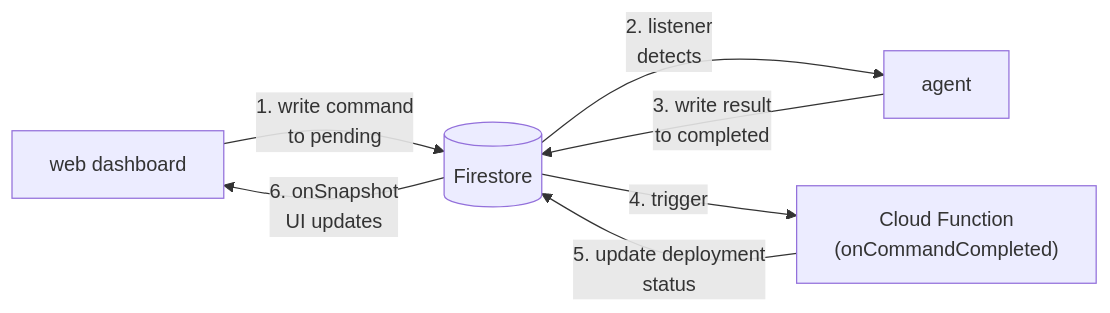
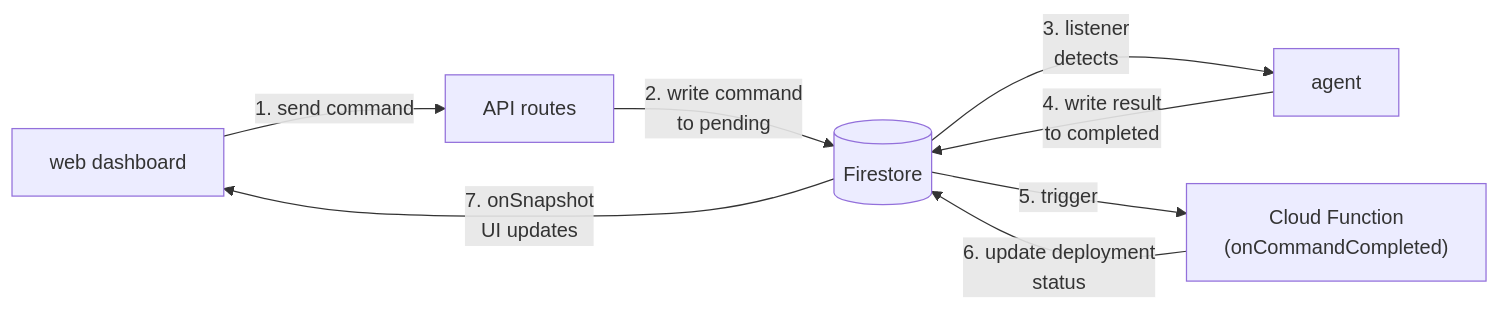
One commit to tridant-io/owlette changed the fourth of 11 diagrams in web/content/docs/architecture.mdx. Above: the diagram before and after it, drawn with Mermaid. The commit also changed other lines of this file and 113 other files, not shown here.

````diff
--- a/web/content/docs/architecture.mdx
+++ b/web/content/docs/architecture.mdx
@@ -248,14 +249,16 @@
 ```mermaid
 flowchart LR
     Dashboard["web dashboard"]
+    API["API routes"]
     FS[("Firestore")]
     Agent["agent"]
     CF["Cloud Function\n(onCommandCompleted)"]
 
-    Dashboard -->|"1. write command\nto pending"| FS
-    FS -->|"2. listener\ndetects"| Agent
-    Agent -->|"3. write result\nto completed"| FS
-    FS -->|"4. trigger"| CF
-    CF -->|"5. update deployment\nstatus"| FS
-    FS -->|"6. onSnapshot\nUI updates"| Dashboard
+    Dashboard -->|"1. send command"| API
+    API -->|"2. write command\nto pending"| FS
+    FS -->|"3. listener\ndetects"| Agent
+    Agent -->|"4. write result\nto completed"| FS
+    FS -->|"5. trigger"| CF
+    CF -->|"6. update deployment\nstatus"| FS
+    FS -->|"7. onSnapshot\nUI updates"| Dashboard
 ```
````
